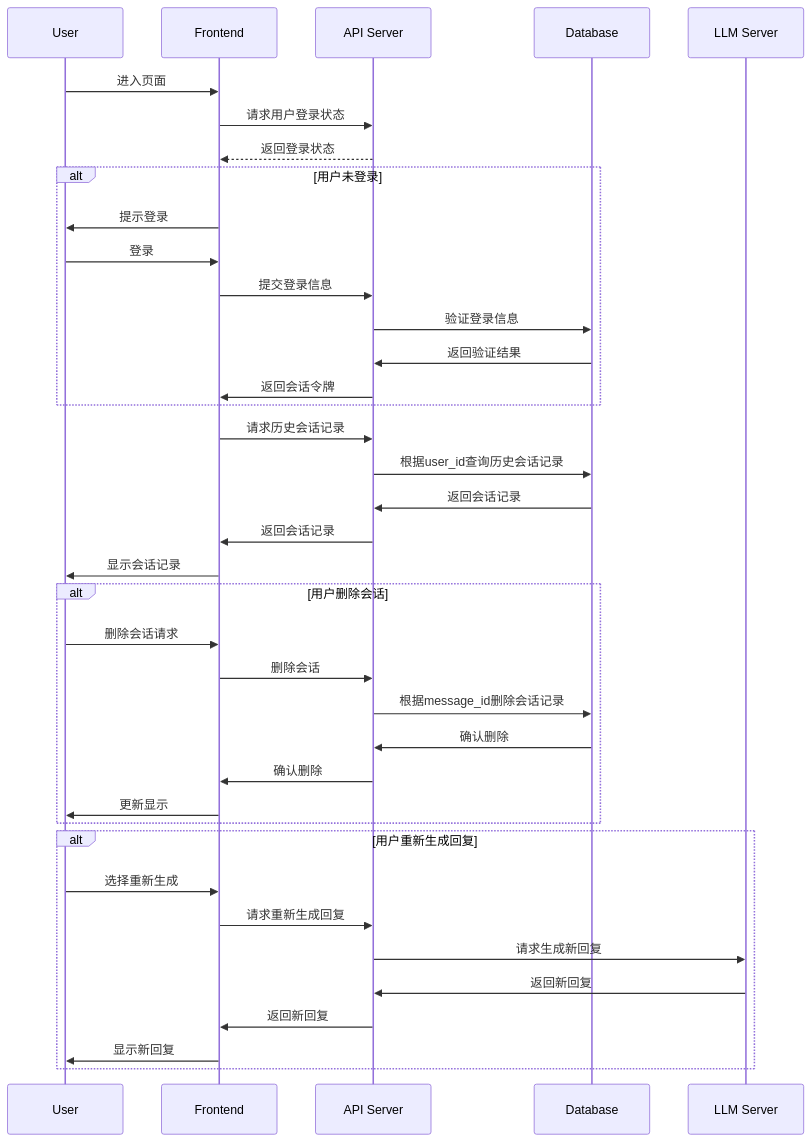
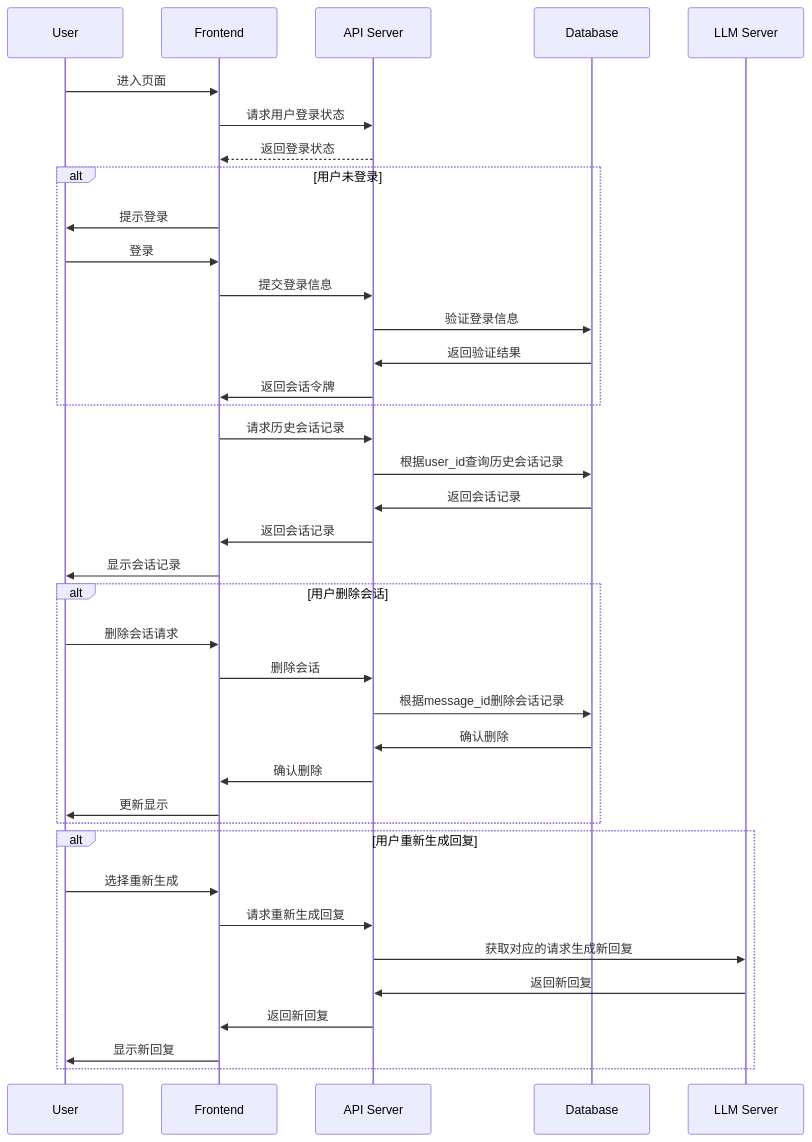
The diagram in all/未命名-7.md (yingjianzh/iodraw-files), drawn with Mermaid before and after one commit.

Commit message:
2024-10-08 16:53:29 update

````diff
--- a/all/未命名-7.md
+++ b/all/未命名-7.md
@@ -1,46 +1,46 @@
 ```mermaid
 sequenceDiagram
     participant User
     participant Frontend
     participant API Server
     participant Database
 
     User->>Frontend: 进入页面
     Frontend->>API Server: 请求用户登录状态
     API Server-->>Frontend: 返回登录状态
     alt 用户未登录
         Frontend->>User: 提示登录
         User->>Frontend: 登录
         Frontend->>API Server: 提交登录信息
         API Server->>Database: 验证登录信息
         Database->>API Server: 返回验证结果
         API Server->>Frontend: 返回会话令牌
     end
 
     Frontend->>API Server: 请求历史会话记录
     API Server->>Database: 根据user_id查询历史会话记录
     Database->>API Server: 返回会话记录
     API Server->>Frontend: 返回会话记录
     Frontend->>User: 显示会话记录
 
     alt 用户删除会话
         User->>Frontend: 删除会话请求
         Frontend->>API Server: 删除会话
         API Server->>Database: 根据message_id删除会话记录
         Database->>API Server: 确认删除
         API Server->>Frontend: 确认删除
         Frontend->>User: 更新显示
     end
 
     alt 用户重新生成回复
         User->>Frontend: 选择重新生成
         Frontend->>API Server: 请求重新生成回复
-        API Server->>LLM Server: 请求生成新回复
+        API Server->>LLM Server: 获取对应的请求生成新回复
         LLM Server->>API Server: 返回新回复
         API Server->>Frontend: 返回新回复
         Frontend->>User: 显示新回复
     end
 
-
+    
 
 ```
````
